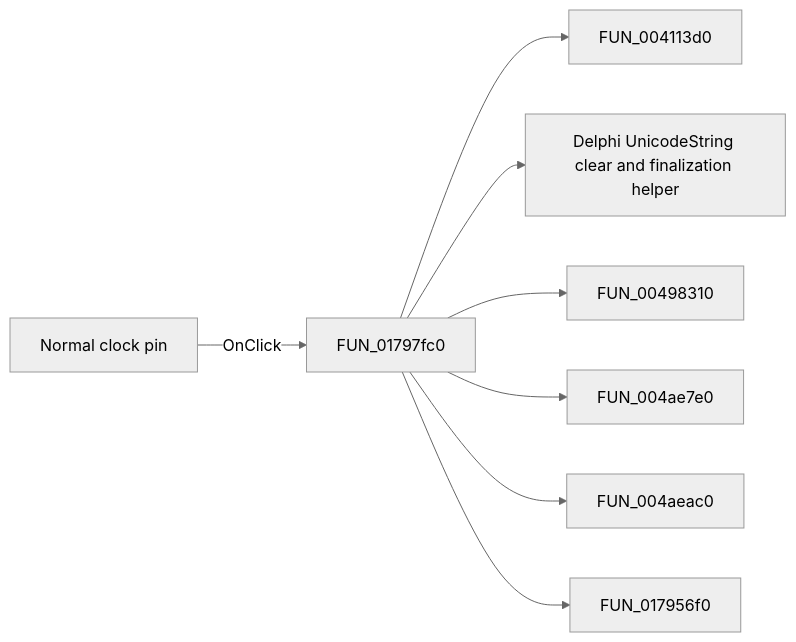
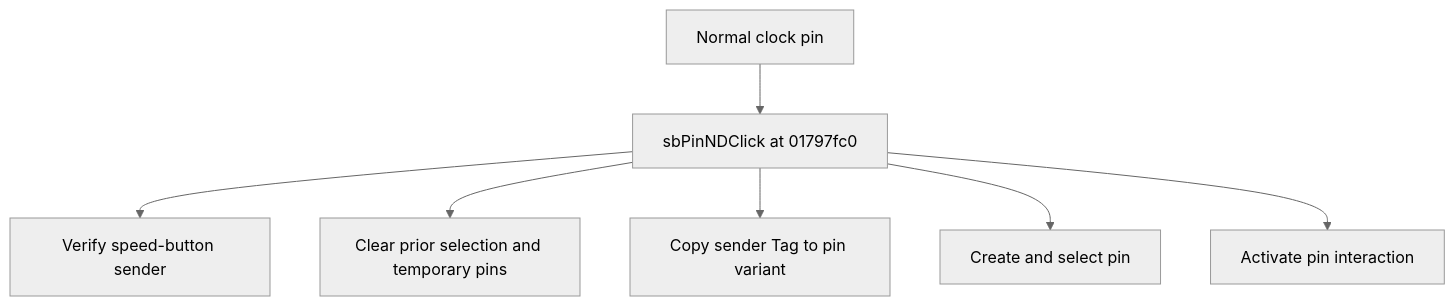
One commit to MovGP0/TIARA changed the diagram in docs/ui-controls/shapeedit/sbpinnc-ccdd5d0a7a.md. Above: the diagram before and after it, drawn with Mermaid (neutral theme). The commit also changed other lines of this file and 1062 other files, not shown here.

````diff
--- a/docs/ui-controls/shapeedit/sbpinnc-ccdd5d0a7a.md
+++ b/docs/ui-controls/shapeedit/sbpinnc-ccdd5d0a7a.md
@@ -27,10 +27,9 @@
 ```mermaid
-flowchart LR
-    control["Normal clock pin"] -->|OnClick| handler["FUN_01797fc0"]
-    handler --> call1["FUN_004113d0"]
-    handler --> call2["Delphi UnicodeString clear and finalization helper"]
-    handler --> call3["FUN_00498310"]
-    handler --> call4["FUN_004ae7e0"]
-    handler --> call5["FUN_004aeac0"]
-    handler --> call6["FUN_017956f0"]
+flowchart TD
+    control["Normal clock pin"] --> handler["sbPinNDClick at 01797fc0"]
+    handler --> step1["Verify speed-button sender"]
+    handler --> step2["Clear prior selection and temporary pins"]
+    handler --> step3["Copy sender Tag to pin variant"]
+    handler --> step4["Create and select pin"]
+    handler --> step5["Activate pin interaction"]
 ```
````
